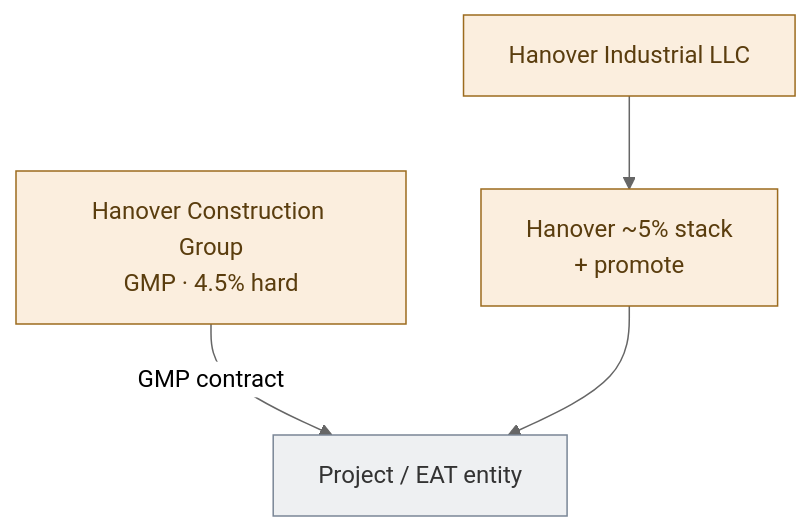
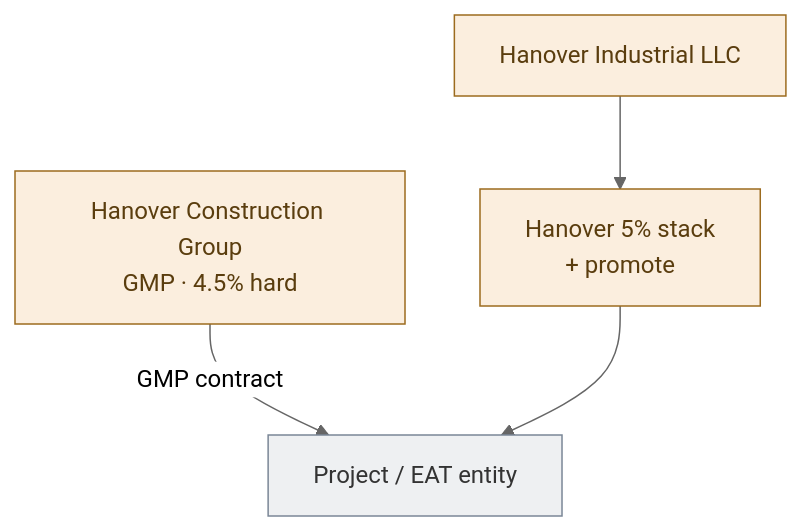
One commit to EthanCow/North-Forsyth-1031-Diagrams changed the fifth of 6 diagrams in North_Forsyth_1031_Diagrams.md. Above: the diagram before and after it, drawn with Mermaid (neutral theme). The commit also changed other lines of this file and 2 other files, not shown here.

````diff
--- a/North_Forsyth_1031_Diagrams.md
+++ b/North_Forsyth_1031_Diagrams.md
@@ -181,12 +181,12 @@
 ```mermaid
 flowchart TB
   HIND["Hanover Industrial LLC"]:::han
   GC["Hanover Construction Group\nGMP · 4.5% hard"]:::han
-  H5["Hanover ~5% stack\n+ promote"]:::han
+  H5["Hanover 5% stack\n+ promote"]:::han
   PROJ["Project / EAT entity"]:::neutral
   HIND --> H5
   GC -->|"GMP contract"| PROJ
   H5 --> PROJ
   classDef han fill:#fbeede,stroke:#9c6b1e,color:#5a3d0e;
   classDef neutral fill:#eef0f2,stroke:#7a8696,color:#333;
 ```
````
